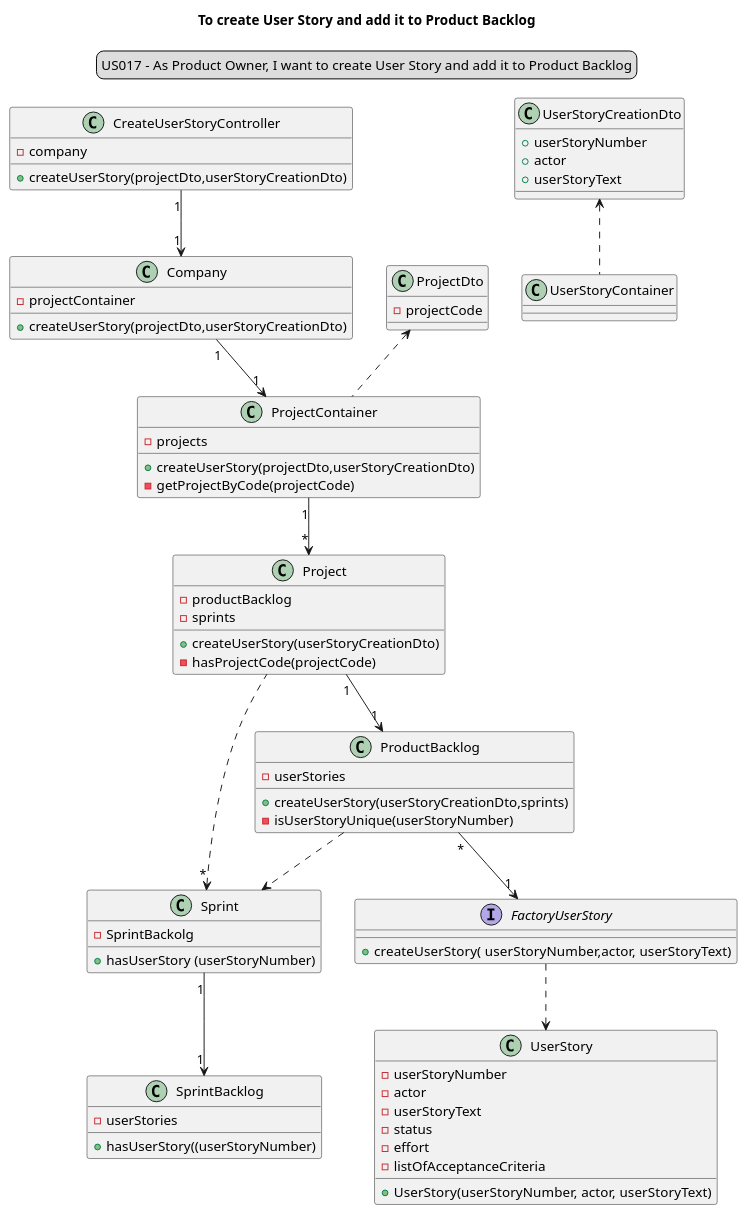
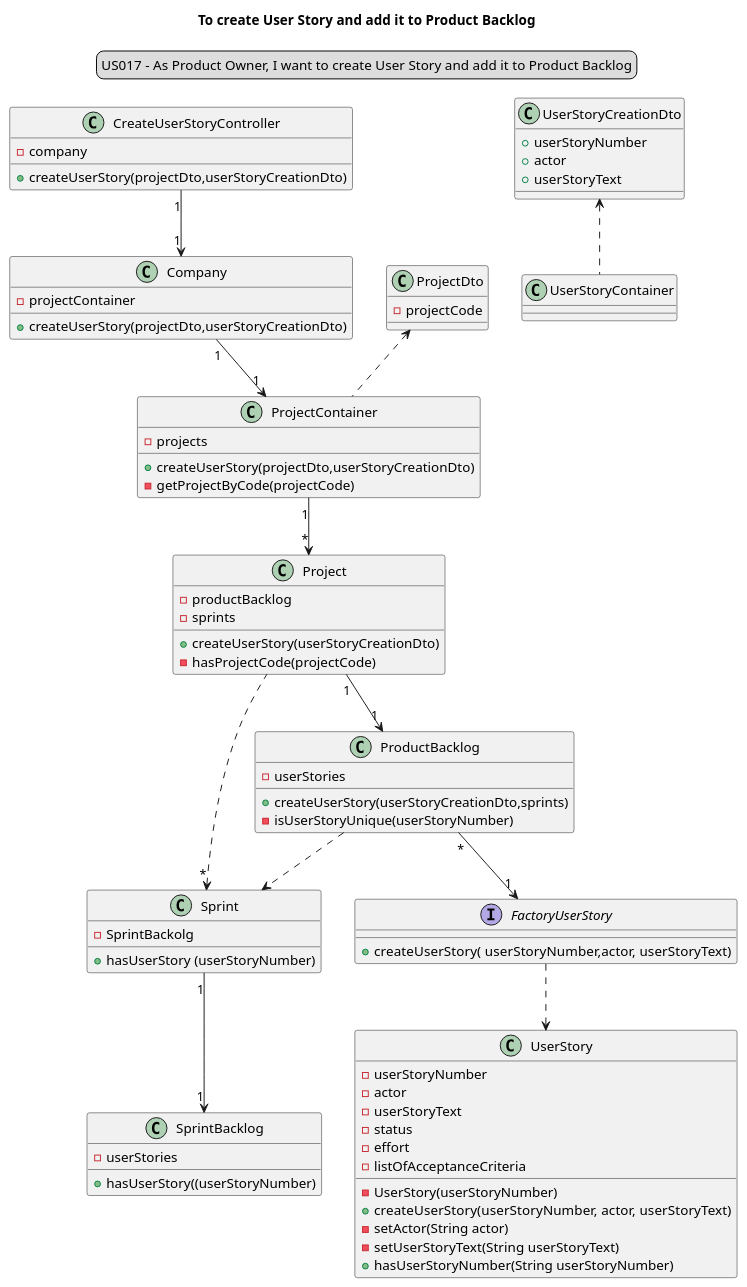
The diagram in docs/modelling_design/user_stories/sprint03/us017/US017_classDiagram.puml (Loracline/project_switch_22-23), drawn with PlantUML before and after one commit. The commit also changed 1 other file, not shown here.

```diff
--- a/docs/modelling_design/user_stories/sprint03/us017/US017_classDiagram.puml
+++ b/docs/modelling_design/user_stories/sprint03/us017/US017_classDiagram.puml
@@ -1,81 +1,86 @@
 @startuml
 'https://plantuml.com/sequence-diagram
 legend top
 US017 - As Product Owner, I want to create User Story and add it to Product Backlog
 end legend
 skinparam sequenceMessageAlign center
 title To create User Story and add it to Product Backlog
 
 class "CreateUserStoryController" {
 - company
 + createUserStory(projectDto,userStoryCreationDto)
 }
 
 class "Company" {
 - projectContainer
 + createUserStory(projectDto,userStoryCreationDto)
 }
 
 
 class "ProjectContainer" {
 - projects
 + createUserStory(projectDto,userStoryCreationDto)
 -getProjectByCode(projectCode)
 }
 
 class "Project"{
 - productBacklog
 - sprints
 + createUserStory(userStoryCreationDto)
 - hasProjectCode(projectCode)
 
 }
 class "Sprint"{
 -SprintBackolg
 +hasUserStory (userStoryNumber)
 }
 
 class "SprintBacklog"{
 -userStories
 +hasUserStory((userStoryNumber)
 }
 
 class "ProductBacklog" {
 - userStories
 + createUserStory(userStoryCreationDto,sprints)
 - isUserStoryUnique(userStoryNumber)
 }
 class "UserStory"{
 - userStoryNumber
 - actor
 - userStoryText
 - status
 - effort
 - listOfAcceptanceCriteria
-+ UserStory(userStoryNumber, actor, userStoryText)
+-UserStory(userStoryNumber)
++ createUserStory(userStoryNumber, actor, userStoryText)
+- setActor(String actor)
+- setUserStoryText(String userStoryText)
++ hasUserStoryNumber(String userStoryNumber)
 }
+
 
 interface "FactoryUserStory" {
 + createUserStory( userStoryNumber,actor, userStoryText)
 }
 class "UserStoryCreationDto"{
 +userStoryNumber
 +actor
 +userStoryText
 }
 class "ProjectDto"{
 -projectCode
 }
 
 "CreateUserStoryController""1"-->"1" "Company"
 "Company" "1"--> "1" "ProjectContainer"
 "ProjectContainer" "1"-->"*" "Project"
 "Project" "1" -->"1" "ProductBacklog"
 "Sprint" "*"<.. "Project"
 "ProductBacklog" "*" --> "1""FactoryUserStory"
 "FactoryUserStory" ..> "UserStory"
 "ProjectDto"<.. "ProjectContainer"
 "UserStoryCreationDto"<.."UserStoryContainer"
 "ProductBacklog" ..> "Sprint"
 "Sprint" "1"-->"1" "SprintBacklog"
 @enduml
```
